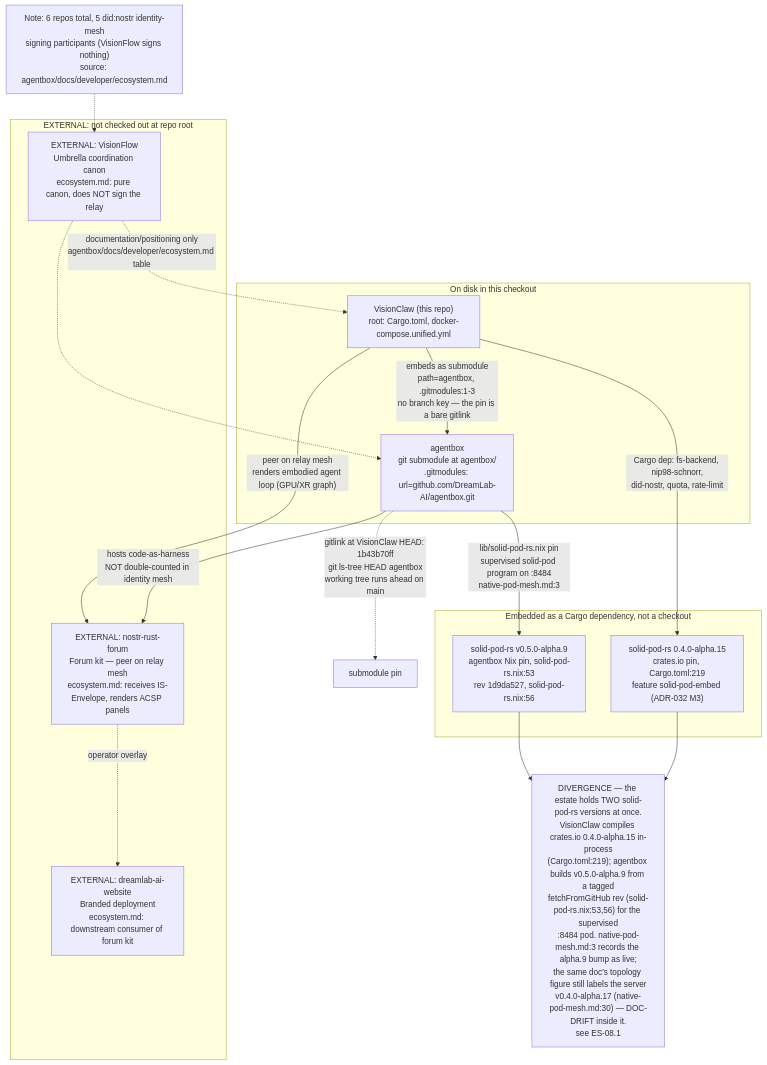
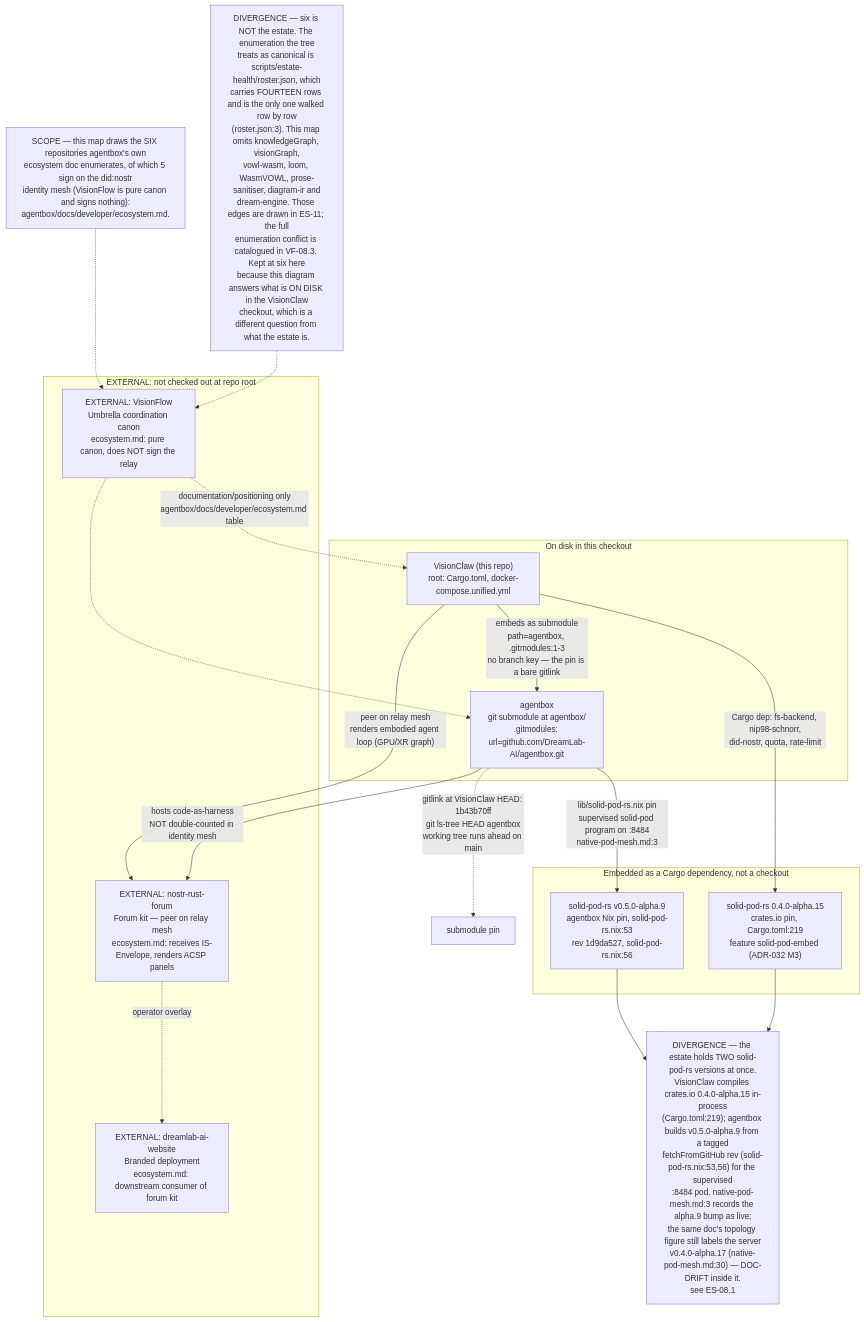
Before and after one commit to DreamLab-AI/VisionFlow: the first of 6 diagrams in docs/diagrams/estate/01-estate-topology.md, drawn with Mermaid. The commit also changed other lines of this file and 185 other files, not shown here.

Commit message:
docs(estate): reconcile diagrams and ADRs with source and define closeout sprint

````diff
--- a/docs/diagrams/estate/01-estate-topology.md
+++ b/docs/diagrams/estate/01-estate-topology.md
@@ -44,34 +45,36 @@
 ```mermaid
 flowchart TB
     subgraph ONDISK["On disk in this checkout"]
         VC["VisionClaw (this repo)<br/>root: Cargo.toml, docker-compose.unified.yml"]
         AB["agentbox<br/>git submodule at agentbox/<br/>.gitmodules: url=github.com/DreamLab-AI/agentbox.git"]
     end
     VC -->|"embeds as submodule<br/>path=agentbox, .gitmodules:1-3<br/>no branch key — the pin is a bare gitlink"| AB
     AB -.->|"gitlink at VisionClaw HEAD: 1b43b70ff<br/>git ls-tree HEAD agentbox<br/>working tree runs ahead on main"| ABPIN["submodule pin"]
 
     subgraph CRATE["Embedded as a Cargo dependency, not a checkout"]
         SPR["solid-pod-rs 0.4.0-alpha.15<br/>crates.io pin, Cargo.toml:219<br/>feature solid-pod-embed (ADR-032 M3)"]
         SPRN["solid-pod-rs v0.5.0-alpha.9<br/>agentbox Nix pin, solid-pod-rs.nix:53<br/>rev 1d9da527, solid-pod-rs.nix:56"]
     end
     VC -->|"Cargo dep: fs-backend, nip98-schnorr,<br/>did-nostr, quota, rate-limit"| SPR
     AB -->|"lib/solid-pod-rs.nix pin<br/>supervised solid-pod program on :8484<br/>native-pod-mesh.md:3"| SPRN
 
     DIVSP["DIVERGENCE — the estate holds TWO solid-pod-rs versions at once.<br/>VisionClaw compiles crates.io 0.4.0-alpha.15 in-process<br/>(Cargo.toml:219); agentbox builds v0.5.0-alpha.9 from a tagged<br/>fetchFromGitHub rev (solid-pod-rs.nix:53,56) for the supervised<br/>:8484 pod. native-pod-mesh.md:3 records the alpha.9 bump as live;<br/>the same doc's topology figure still labels the server<br/>v0.4.0-alpha.17 (native-pod-mesh.md:30) — DOC-DRIFT inside it.<br/>see ES-08.1"]
     SPRN --> DIVSP
     SPR --> DIVSP
 
     subgraph EXTERNAL1["EXTERNAL: not checked out at repo root"]
         VF["EXTERNAL: VisionFlow<br/>Umbrella coordination canon<br/>ecosystem.md: pure canon, does NOT sign the relay"]
         NRF["EXTERNAL: nostr-rust-forum<br/>Forum kit — peer on relay mesh<br/>ecosystem.md: receives IS-Envelope, renders ACSP panels"]
         DAW["EXTERNAL: dreamlab-ai-website<br/>Branded deployment<br/>ecosystem.md: downstream consumer of forum kit"]
     end
     VC -->|"peer on relay mesh<br/>renders embodied agent loop (GPU/XR graph)"| NRF
     AB -->|"hosts code-as-harness<br/>NOT double-counted in identity mesh"| NRF
     NRF -.->|"operator overlay"| DAW
     VF -.->|"documentation/positioning only<br/>agentbox/docs/developer/ecosystem.md table"| VC
     VF -.-> AB
 
-    NOTE1["Note: 6 repos total, 5 did:nostr identity-mesh<br/>signing participants (VisionFlow signs nothing)<br/>source: agentbox/docs/developer/ecosystem.md"]
+    NOTE1["SCOPE — this map draws the SIX repositories agentbox's own<br/>ecosystem doc enumerates, of which 5 sign on the did:nostr<br/>identity mesh (VisionFlow is pure canon and signs nothing):<br/>agentbox/docs/developer/ecosystem.md."]
+    NOTE2["DIVERGENCE — six is NOT the estate. The enumeration the tree<br/>treats as canonical is scripts/estate-health/roster.json, which<br/>carries FOURTEEN rows and is the only one walked row by row<br/>(roster.json:3). This map omits knowledgeGraph, visionGraph,<br/>vowl-wasm, loom, WasmVOWL, prose-sanitiser, diagram-ir and<br/>dream-engine. Those edges are drawn in ES-11; the full<br/>enumeration conflict is catalogued in VF-08.3. Kept at six here<br/>because this diagram answers what is ON DISK in the VisionClaw<br/>checkout, which is a different question from what the estate is."]
     NOTE1 -.-> VF
+    NOTE2 -.-> VF
 ```
````
